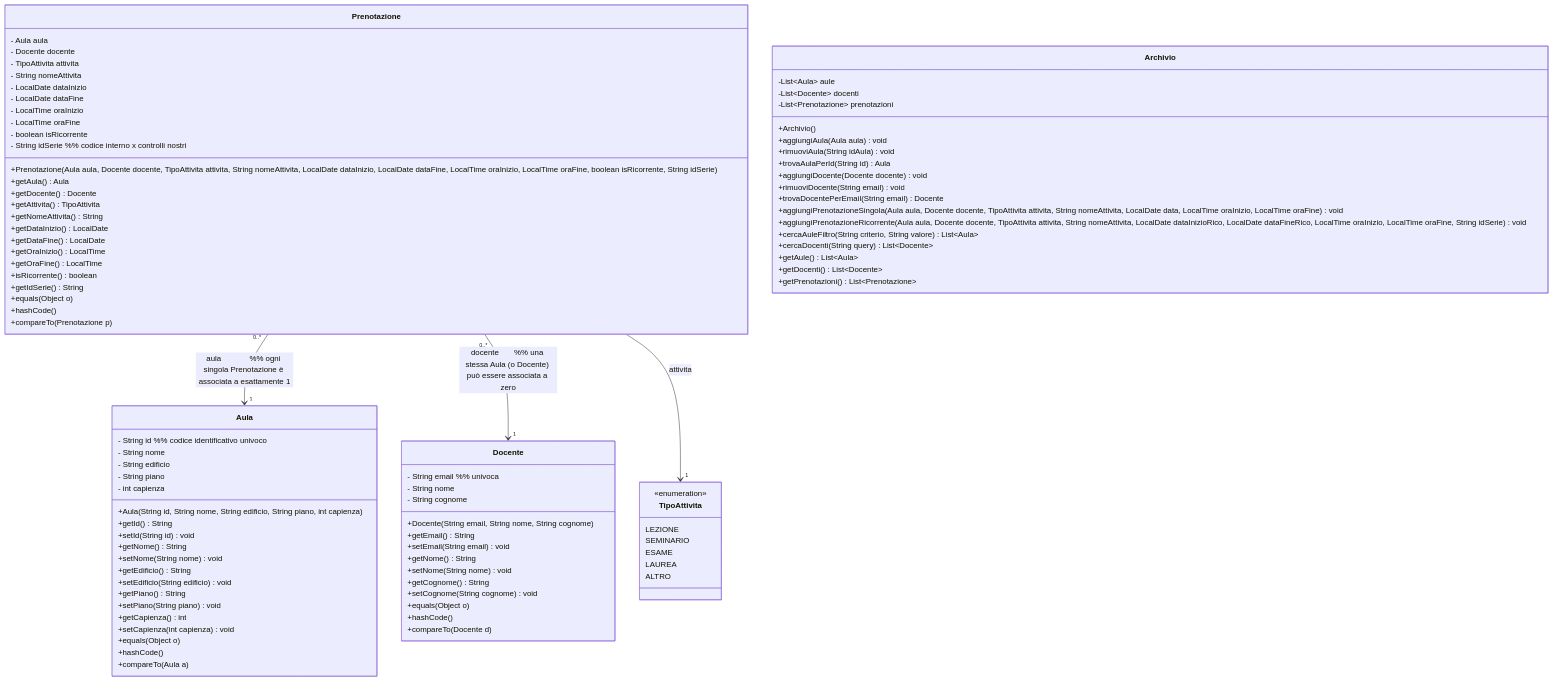
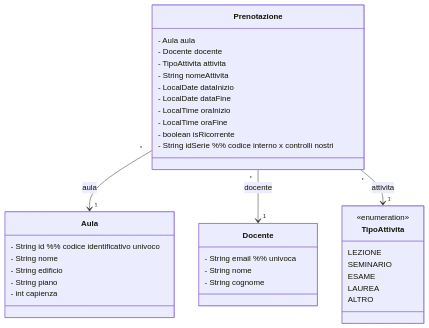
The diagram in src/main/java/it/unisa/diem/se/prenotazioneaule5/classDiagram.md (gcarbone48/PrenotazioneAule5), drawn with Mermaid before and after one commit.

Commit message:
FIX: come suggerito dal Prof tolgo getter, setter, costruttori dal diagramma + aggiusto relazioni

````diff
--- a/src/main/java/it/unisa/diem/se/prenotazioneaule5/classDiagram.md
+++ b/src/main/java/it/unisa/diem/se/prenotazioneaule5/classDiagram.md
@@ -7,20 +7,7 @@
         - String piano
         - int capienza
 
-        +Aula(String id, String nome, String edificio, String piano, int capienza)
-        +getId() String
-        +setId(String id) void
-        +getNome() String
-        +setNome(String nome) void
-        +getEdificio() String
-        +setEdificio(String edificio) void
-        +getPiano() String
-        +setPiano(String piano) void
-        +getCapienza() int
-        +setCapienza(int capienza) void
-        +equals(Object o)
-        +hashCode()
-        +compareTo(Aula a)
+       
     }
 
     class Docente{
@@ -28,16 +15,7 @@
         - String nome
         - String cognome
 
-        +Docente(String email, String nome, String cognome)
-        +getEmail() String
-        +setEmail(String email) void
-        +getNome() String
-        +setNome(String nome) void
-        +getCognome() String
-        +setCognome(String cognome) void
-        +equals(Object o)
-        +hashCode()
-        +compareTo(Docente d)
+        
     }
 
     class Prenotazione{
@@ -52,20 +30,7 @@
         - boolean isRicorrente
         - String idSerie        %% codice interno x controlli nostri
 
-        +Prenotazione(Aula aula, Docente docente, TipoAttivita attivita, String nomeAttivita, LocalDate dataInizio, LocalDate dataFine, LocalTime oraInizio, LocalTime oraFine, boolean isRicorrente, String idSerie)
-        +getAula() Aula
-        +getDocente() Docente
-        +getAttivita() TipoAttivita
-        +getNomeAttivita() String
-        +getDataInizio() LocalDate
-        +getDataFine() LocalDate
-        +getOraInizio() LocalTime
-        +getOraFine() LocalTime
-        +isRicorrente() boolean
-        +getIdSerie() String
-        +equals(Object o)
-        +hashCode()
-        +compareTo(Prenotazione p)
+        
     }
 
     class TipoAttivita{
@@ -79,30 +44,12 @@
 
 
 
-    class Archivio{
-        -List~Aula~ aule
-        -List~Docente~ docenti
-        -List~Prenotazione~ prenotazioni
-        +Archivio()
-        +aggiungiAula(Aula aula) void
-        +rimuoviAula(String idAula) void
-        +trovaAulaPerId(String id) Aula
-        +aggiungiDocente(Docente docente) void
-        +rimuoviDocente(String email) void
-        +trovaDocentePerEmail(String email) Docente
-        +aggiungiPrenotazioneSingola(Aula aula, Docente docente, TipoAttivita attivita, String nomeAttivita, LocalDate data, LocalTime oraInizio, LocalTime oraFine) void
-        +aggiungiPrenotazioneRicorrente(Aula aula, Docente docente, TipoAttivita attivita, String nomeAttivita, LocalDate dataInizioRico, LocalDate dataFineRico, LocalTime oraInizio, LocalTime oraFine, String idSerie) void
-        +cercaAuleFiltro(String criterio, String valore) List~Aula~
-        +cercaDocenti(String query) List~Docente~
-        +getAule() List~Aula~
-        +getDocenti() List~Docente~
-        +getPrenotazioni() List~Prenotazione~
-    }
+    
 
-    Prenotazione "0..*" --> "1" Aula : aula             %% ogni singola Prenotazione è associata a esattamente 1 
-                                                        %%   aula e 1 docente responsabile.
-    Prenotazione "0..*" --> "1" Docente : docente       %% una stessa Aula (o Docente) può essere associata a zero
-                                                        %%   o più prenotazioni nell'archivio.
-    Prenotazione --> "1" TipoAttivita : attivita
+    Prenotazione "*" --> "1" Aula : aula            
+    %% ogni singola Prenotazione è associata a esattamente 1 aula e 1 docente responsabile.
+    Prenotazione "*" --> "1" Docente : docente       
+    %% una stessa Aula (o Docente) può essere associata a zero o più prenotazioni nell'archivio.
+    Prenotazione "*" --> "1" TipoAttivita : attivita
 
 ```
````
